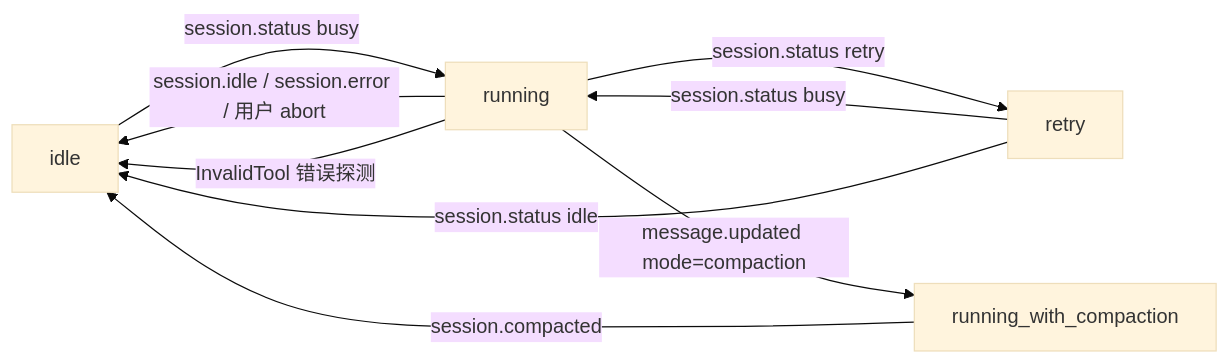
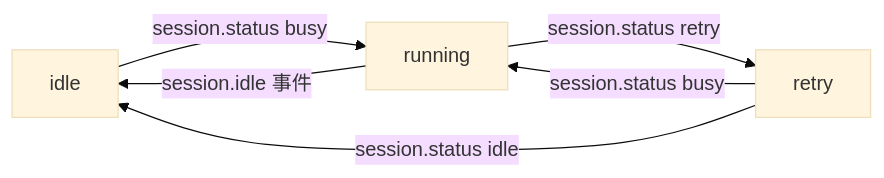
The first of 2 diagrams in docs/05a-openwork-session-message.md (kaka89/harnesswork), drawn with Mermaid (base theme) before and after one commit. The commit also changed other lines of this file and 18 other files, not shown here.

````diff
--- a/docs/05a-openwork-session-message.md
+++ b/docs/05a-openwork-session-message.md
@@ -191,11 +353,8 @@
 ```mermaid
 graph LR
     idle -->|session.status busy| running
     running -->|session.status retry| retry
     retry -->|session.status busy| running
     retry -->|session.status idle| idle
-    running -->|session.idle / session.error / 用户 abort| idle
-    running -->|message.updated mode=compaction| running_with_compaction
-    running_with_compaction -->|session.compacted| idle
-    running -->|InvalidTool 错误探测| idle
+    running -->|session.idle 事件| idle
 ```
````
